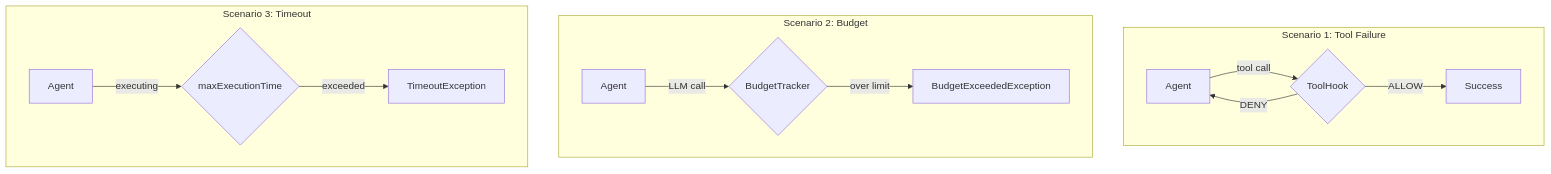
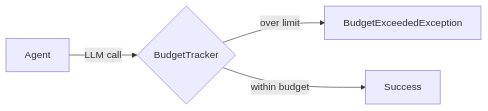
One commit to intelliswarm-ai/swarm-ai-examples changed the second of 3 diagrams in error-handling-and-recovery/README.md. Above: the diagram before and after it, drawn with Mermaid. The commit also changed other lines of this file and 4 other files, not shown here.

Commit message:
feat(examples): Mermaid diagrams for workflow visualization

````diff
--- a/error-handling-and-recovery/README.md
+++ b/error-handling-and-recovery/README.md
@@ -7,16 +18,6 @@
 ```mermaid
-graph TD
-    subgraph Scenario 1: Tool Failure
-        A1[Agent] -->|tool call| H1{ToolHook}
-        H1 -->|DENY| A1
-        H1 -->|ALLOW| S1[Success]
-    end
-    subgraph Scenario 2: Budget
-        A2[Agent] -->|LLM call| B2{BudgetTracker}
-        B2 -->|over limit| E2[BudgetExceededException]
-    end
-    subgraph Scenario 3: Timeout
-        A3[Agent] -->|executing| T3{maxExecutionTime}
-        T3 -->|exceeded| E3[TimeoutException]
-    end
+graph LR
+    A[Agent] -->|LLM call| B{BudgetTracker}
+    B -->|over limit| E[BudgetExceededException]
+    B -->|within budget| S[Success]
 ```
````
